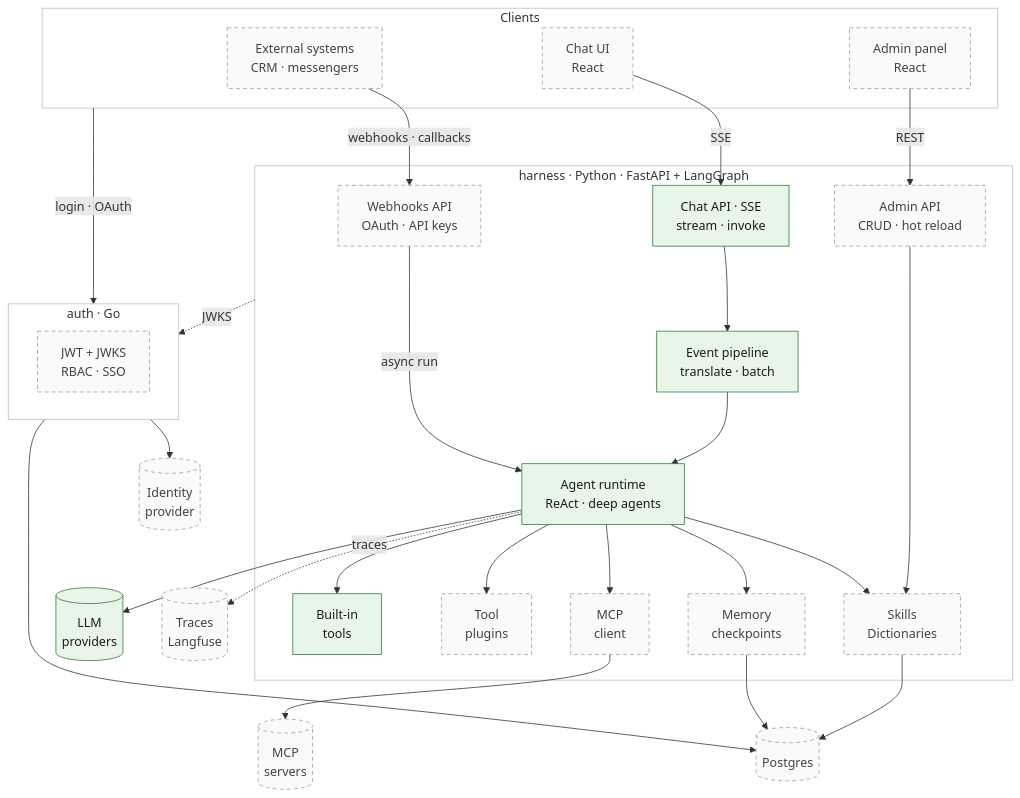
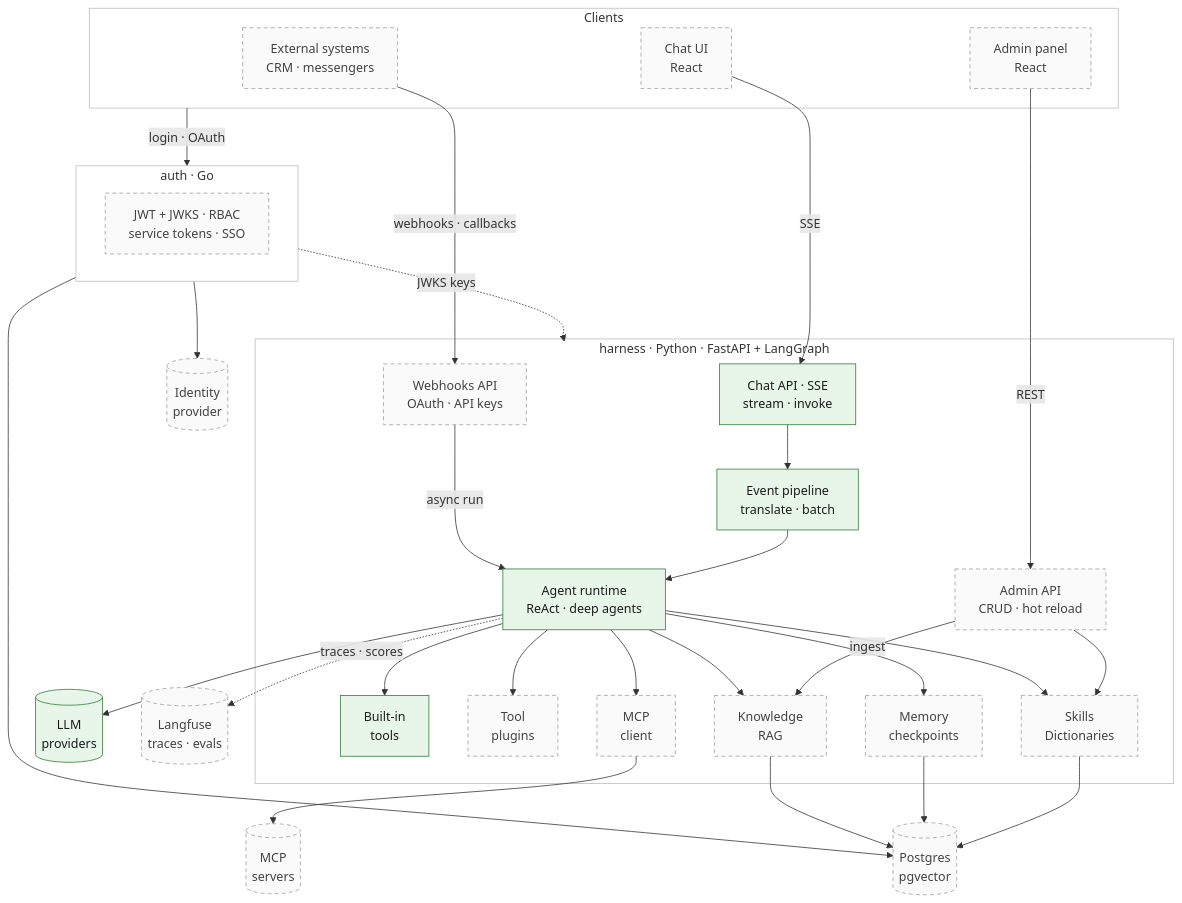
One commit to ulshv/harness changed the diagram in README-ru.md. Above: the diagram before and after it, drawn with Mermaid. The commit also changed other lines of this file and 5 other files, not shown here.

Commit message:
docs: update README, ROADMAP and architecutre diagrams

````diff
--- a/README-ru.md
+++ b/README-ru.md
@@ -56,62 +59,66 @@
 ```mermaid
 flowchart TB
     subgraph clients["Clients"]
         chat_ui["Chat UI<br/>React"]
         admin_ui["Admin panel<br/>React"]
         ext_sys["External systems<br/>CRM · messengers"]
     end
 
     subgraph harness["harness · Python · FastAPI + LangGraph"]
         chat_api["Chat API · SSE<br/>stream · invoke"]
         admin_api["Admin API<br/>CRUD · hot reload"]
         hooks["Webhooks API<br/>OAuth · API keys"]
         pipeline["Event pipeline<br/>translate · batch"]
         agent["Agent runtime<br/>ReAct · deep agents"]
         tools["Built-in<br/>tools"]
         plugins["Tool<br/>plugins"]
         mcp_client["MCP<br/>client"]
         skills["Skills<br/>Dictionaries"]
         memory["Memory<br/>checkpoints"]
+        rag["Knowledge<br/>RAG"]
     end
 
     subgraph auth_box["auth · Go"]
-        auth["JWT + JWKS<br/>RBAC · SSO"]
+        auth["JWT + JWKS · RBAC<br/>service tokens · SSO"]
     end
 
     llm[("LLM<br/>providers")]
     mcp[("MCP<br/>servers")]
-    pg[("Postgres")]
+    pg[("Postgres<br/>pgvector")]
     idp[("Identity<br/>provider")]
-    obs[("Traces<br/>Langfuse")]
+    obs[("Langfuse<br/>traces · evals")]
 
     chat_ui -- "SSE" --> chat_api
     admin_ui -- "REST" --> admin_api
     ext_sys -- "webhooks · callbacks" --> hooks
     clients -- "login · OAuth" --> auth_box
-    harness -. "JWKS" .-> auth_box
+    auth_box -. "JWKS keys" .-> harness
 
     chat_api --> pipeline --> agent
     hooks -- "async run" --> agent
     admin_api --> skills
+    admin_api -- "ingest" --> rag
     agent --> tools
     agent --> plugins
     agent --> mcp_client
     agent --> skills
     agent --> memory
+    agent --> rag
 
     agent --> llm
     mcp_client --> mcp
     skills --> pg
     memory --> pg
+    rag --> pg
     auth_box --> pg
     auth_box --> idp
-    agent -. "traces" .-> obs
+    agent -. "traces · scores" .-> obs
 
     classDef shipped fill:#e8f5e9,stroke:#2e7d32,color:#1b1b1b
     classDef planned fill:#fafafa,stroke:#9e9e9e,stroke-dasharray:5 4,color:#424242
     class chat_api,pipeline,agent,tools,llm shipped
-    class chat_ui,admin_ui,ext_sys,admin_api,hooks,plugins,skills,mcp_client,memory,auth,mcp,pg,idp,obs planned
+    class chat_ui,admin_ui,ext_sys,admin_api,hooks,plugins,skills,mcp_client,memory,rag,auth,mcp,pg,idp,obs planned
     style clients fill:#ffffff,stroke:#bdbdbd
     style harness fill:#ffffff,stroke:#bdbdbd
     style auth_box fill:#ffffff,stroke:#bdbdbd
 ```
````
